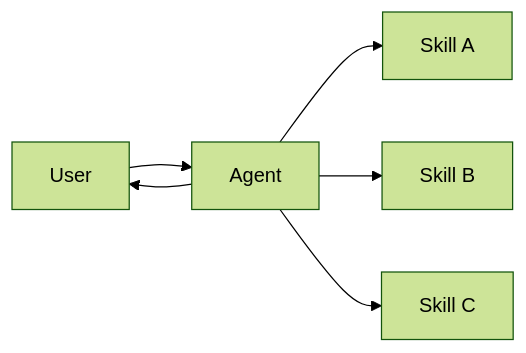
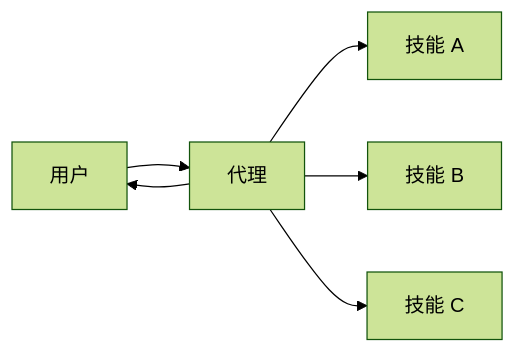
One commit to kunfan96/cndocs-langchain changed the diagram in oss/python/langchain/multi-agent/skills.mdx. Above: the diagram before and after it, drawn with Mermaid (forest theme). The commit also changed other lines of this file and 1450 other files, not shown here.

````diff
--- a/oss/python/langchain/multi-agent/skills.mdx
+++ b/oss/python/langchain/multi-agent/skills.mdx
@@ -12,8 +12,8 @@
 ```mermaid
 graph LR
-    A[User] --> B[Agent]
-    B --> C[Skill A]
-    B --> D[Skill B]
-    B --> E[Skill C]
+    A[用户] --> B[代理]
+    B --> C[技能 A]
+    B --> D[技能 B]
+    B --> E[技能 C]
     B --> A
 ```
````
